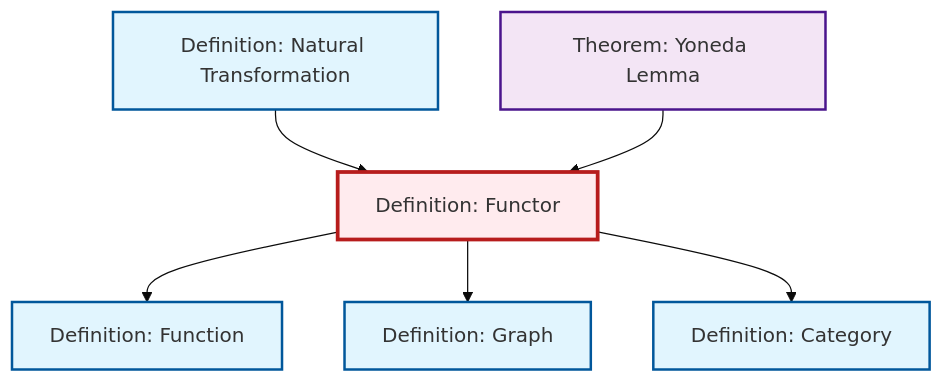
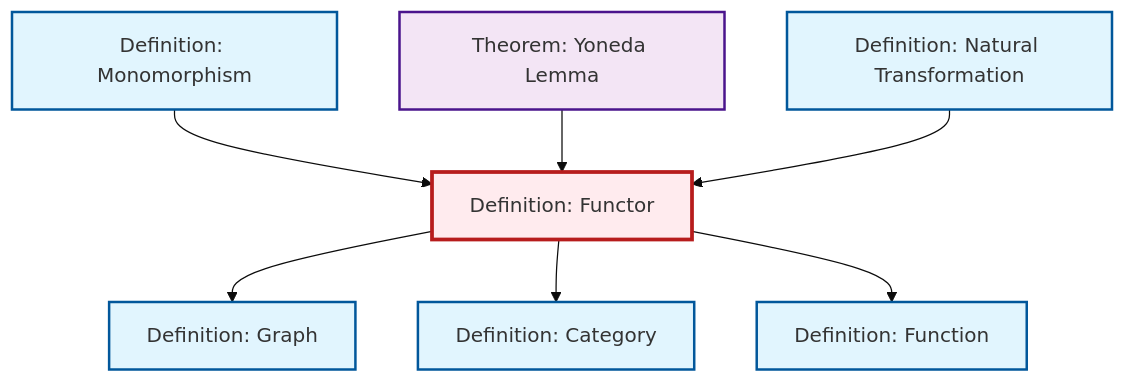
Before and after one commit to RK0429/ModernMath: the diagram in content/en/category-theory/def-functor.qmd, drawn with Mermaid (base theme). The commit also changed 581 other files, not shown here.

````diff
--- a/content/en/category-theory/def-functor.qmd
+++ b/content/en/category-theory/def-functor.qmd
@@ -50,26 +50,29 @@
 ```{mermaid}
 %%| fig-cap: "Local dependency graph"
 graph TD
     classDef definition fill:#e1f5fe,stroke:#01579b,stroke-width:2px
     classDef theorem fill:#f3e5f5,stroke:#4a148c,stroke-width:2px
     classDef axiom fill:#fff3e0,stroke:#e65100,stroke-width:2px
     classDef example fill:#e8f5e9,stroke:#1b5e20,stroke-width:2px
     classDef current fill:#ffebee,stroke:#b71c1c,stroke-width:3px
+    def-function["Definition: Function"]:::definition
     def-graph["Definition: Graph"]:::definition
-    def-function["Definition: Function"]:::definition
+    thm-yoneda["Theorem: Yoneda Lemma"]:::theorem
     def-category["Definition: Category"]:::definition
+    def-monomorphism["Definition: Monomorphism"]:::definition
+    def-natural-transformation["Definition: Natural Transformation"]:::definition
     def-functor["Definition: Functor"]:::definition
-    def-natural-transformation["Definition: Natural Transformation"]:::definition
-    thm-yoneda["Theorem: Yoneda Lemma"]:::theorem
+    def-functor --> def-graph
+    def-monomorphism --> def-functor
+    def-functor --> def-category
+    thm-yoneda --> def-functor
+    def-natural-transformation --> def-functor
     def-functor --> def-function
-    def-functor --> def-graph
-    def-natural-transformation --> def-functor
-    thm-yoneda --> def-functor
-    def-functor --> def-category
     class def-functor current
+    click def-function "def-function.html" "Go to Function definition"
     click def-graph "def-graph.html" "Go to Graph definition"
-    click def-function "def-function.html" "Go to Function definition"
+    click thm-yoneda "thm-yoneda.html" "Go to Yoneda Lemma theorem"
     click def-category "def-category.html" "Go to Category definition"
+    click def-monomorphism "def-monomorphism.html" "Go to Monomorphism definition"
     click def-natural-transformation "def-natural-transformation.html" "Go to Natural Transformation definition"
-    click thm-yoneda "thm-yoneda.html" "Go to Yoneda Lemma theorem"
 ```
````
